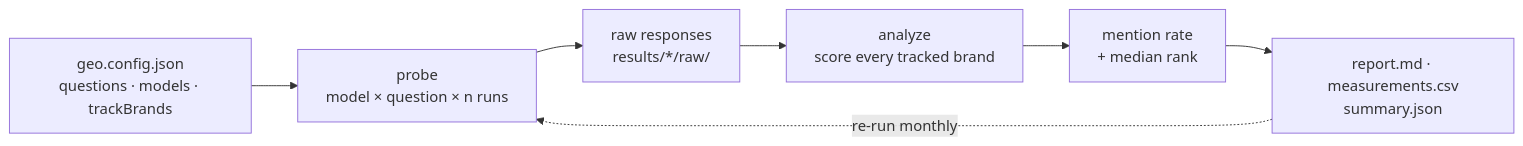
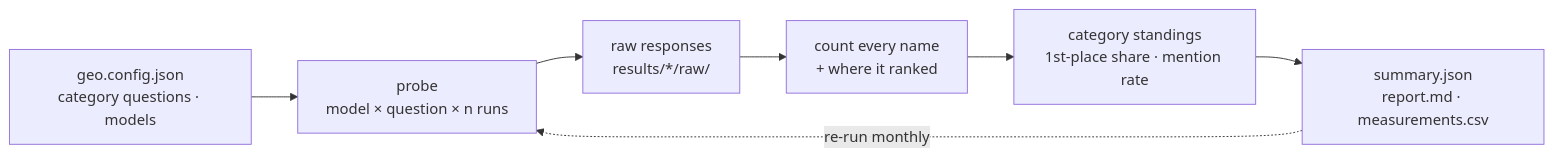
Before and after one commit to choiaewoooon/geo-probe: the diagram in README.md, drawn with Mermaid. The commit also changed other lines of this file and 76 other files, not shown here.

````diff
--- a/README.md
+++ b/README.md
@@ -108,9 +86,9 @@
 ```mermaid
 flowchart LR
-  A["geo.config.json<br/>questions · models · trackBrands"] --> B["probe<br/>model × question × n runs"]
+  A["geo.config.json<br/>category questions · models"] --> B["probe<br/>model × question × n runs"]
   B --> C["raw responses<br/>results/*/raw/"]
-  C --> D["analyze<br/>score every tracked brand"]
-  D --> E["mention rate<br/>+ median rank"]
-  E --> F["report.md · measurements.csv<br/>summary.json"]
+  C --> D["count every name<br/>+ where it ranked"]
+  D --> E["category standings<br/>1st-place share · mention rate"]
+  E --> F["summary.json<br/>report.md · measurements.csv"]
   F -. "re-run monthly" .-> B
 ```
````
